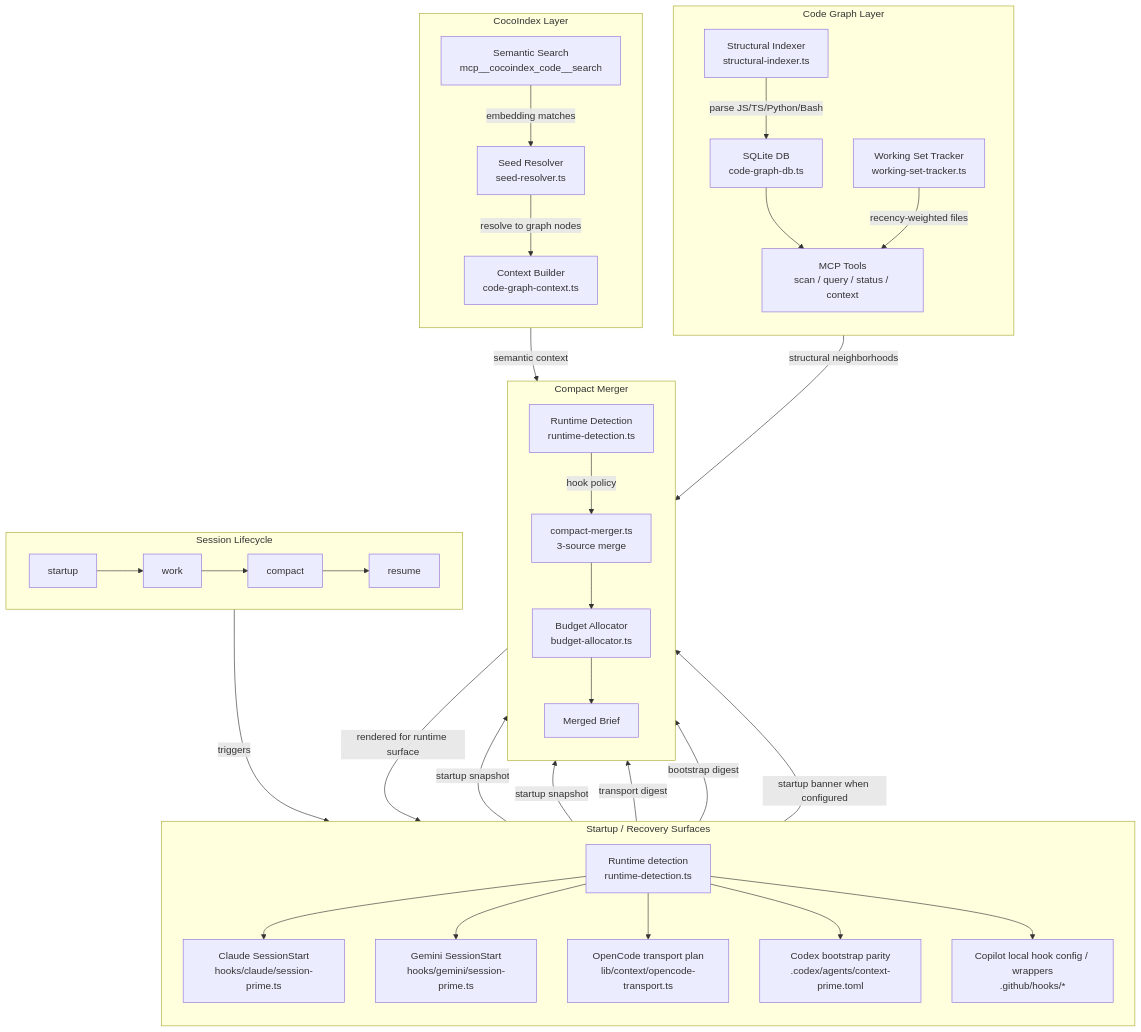
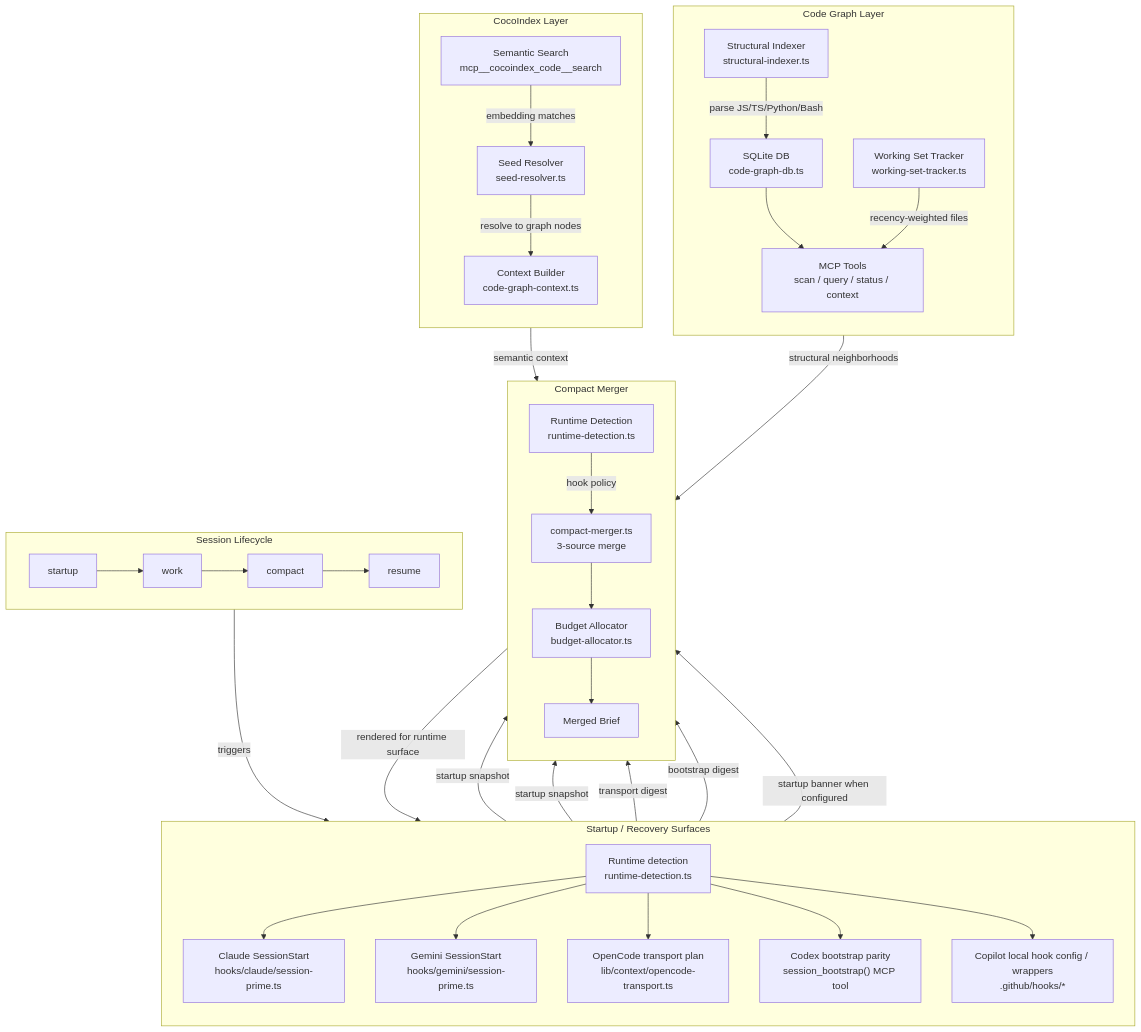
Before and after one commit to MichelKerkmeester/opencode--skilled-agent-loops-with-spec-kit-memory: the first of 2 diagrams in .opencode/skill/system-spec-kit/ARCHITECTURE.md, drawn with Mermaid. The commit also changed 225 other files, not shown here.

````diff
--- a/.opencode/skill/system-spec-kit/ARCHITECTURE.md
+++ b/.opencode/skill/system-spec-kit/ARCHITECTURE.md
@@ -446,67 +446,67 @@
 ```mermaid
 flowchart TB
     subgraph SESSION["Session Lifecycle"]
         direction LR
         startup["startup"] --> work["work"] --> compact["compact"] --> resume["resume"]
     end
 
     subgraph SURFACES["Startup / Recovery Surfaces"]
         direction TB
         claude["Claude SessionStart<br/>hooks/claude/session-prime.ts"]
         gemini["Gemini SessionStart<br/>hooks/gemini/session-prime.ts"]
         opencode["OpenCode transport plan<br/>lib/context/opencode-transport.ts"]
-        codex["Codex bootstrap parity<br/>.codex/agents/context-prime.toml"]
+        codex["Codex bootstrap parity<br/>session_bootstrap() MCP tool"]
         copilot["Copilot local hook config / wrappers<br/>.github/hooks/*"]
         surfacedetect["Runtime detection<br/>runtime-detection.ts"]
 
         surfacedetect --> claude
         surfacedetect --> gemini
         surfacedetect --> opencode
         surfacedetect --> codex
         surfacedetect --> copilot
     end
 
     subgraph CODEGRAPH["Code Graph Layer"]
         direction TB
         indexer["Structural Indexer<br/>structural-indexer.ts"]
         db["SQLite DB<br/>code-graph-db.ts"]
         cgtools["MCP Tools<br/>scan / query / status / context"]
         wst["Working Set Tracker<br/>working-set-tracker.ts"]
 
         indexer -->|"parse JS/TS/Python/Bash"| db
         db --> cgtools
         wst -->|"recency-weighted files"| cgtools
     end
 
     subgraph COCOINDEX["CocoIndex Layer"]
         direction TB
         semantic["Semantic Search<br/>mcp__cocoindex_code__search"]
         seed["Seed Resolver<br/>seed-resolver.ts"]
         ctxbuilder["Context Builder<br/>code-graph-context.ts"]
 
         semantic -->|"embedding matches"| seed
         seed -->|"resolve to graph nodes"| ctxbuilder
     end
 
     subgraph MERGER["Compact Merger"]
         direction TB
         merger["compact-merger.ts<br/>3-source merge"]
         budget["Budget Allocator<br/>budget-allocator.ts"]
         mergerruntime["Runtime Detection<br/>runtime-detection.ts"]
         brief["Merged Brief"]
 
         mergerruntime -->|"hook policy"| merger
         merger --> budget
         budget --> brief
     end
 
     SESSION -->|"triggers"| SURFACES
     claude -->|"startup snapshot"| merger
     gemini -->|"startup snapshot"| merger
     opencode -->|"transport digest"| merger
     codex -->|"bootstrap digest"| merger
     copilot -->|"startup banner when configured"| merger
     cgtools -->|"structural neighborhoods"| merger
     ctxbuilder -->|"semantic context"| merger
     brief -->|"rendered for runtime surface"| SURFACES
 ```
````
